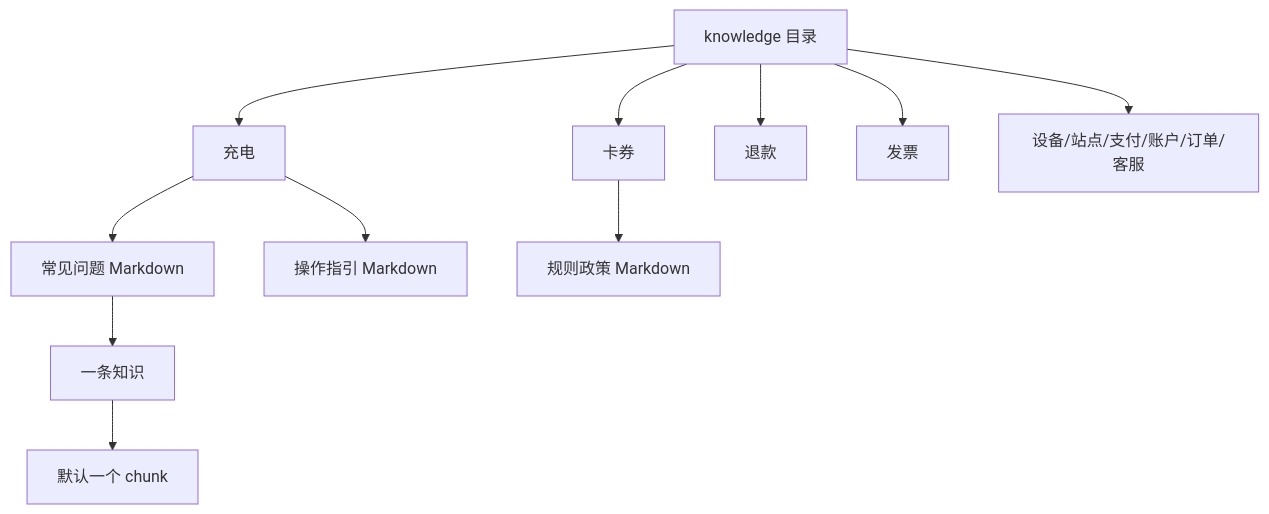
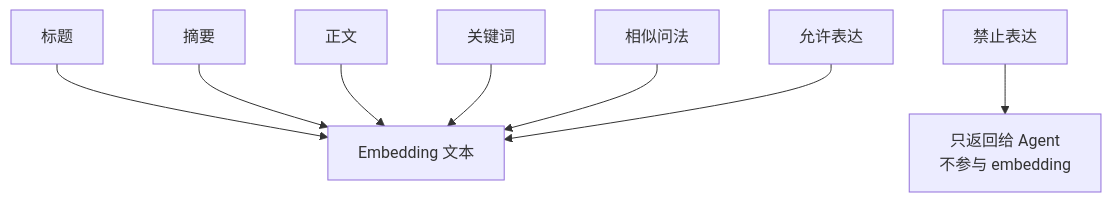
Before and after one commit to YYHRICH/dalizai-knowledge-rag-service: the eighth of 25 diagrams in docs/rag_service_design_report_v1.0.md, drawn with Mermaid. The commit also changed other lines of this file, not shown here.

Commit message:
Refocus RAG design on knowledge governance

````diff
--- a/docs/rag_service_design_report_v1.0.md
+++ b/docs/rag_service_design_report_v1.0.md
@@ -265,15 +327,10 @@
 ```mermaid
 flowchart TB
-    KB[knowledge 目录] --> Domain1[充电]
-    KB --> Domain2[卡券]
-    KB --> Domain3[退款]
-    KB --> Domain4[发票]
-    KB --> Domain5[设备/站点/支付/账户/订单/客服]
-
-    Domain1 --> File1[常见问题 Markdown]
-    Domain1 --> File2[操作指引 Markdown]
-    Domain2 --> File3[规则政策 Markdown]
-
-    File1 --> Item1[一条知识]
-    Item1 --> Chunk[默认一个 chunk]
+    Title[标题] --> Embedding[Embedding 文本]
+    Summary[摘要] --> Embedding
+    Content[正文] --> Embedding
+    Keywords[关键词] --> Embedding
+    Similar[相似问法] --> Embedding
+    Allow[允许表达] --> Embedding
+    Forbid[禁止表达] --> ReturnOnly[只返回给 Agent<br/>不参与 embedding]
 ```
````
